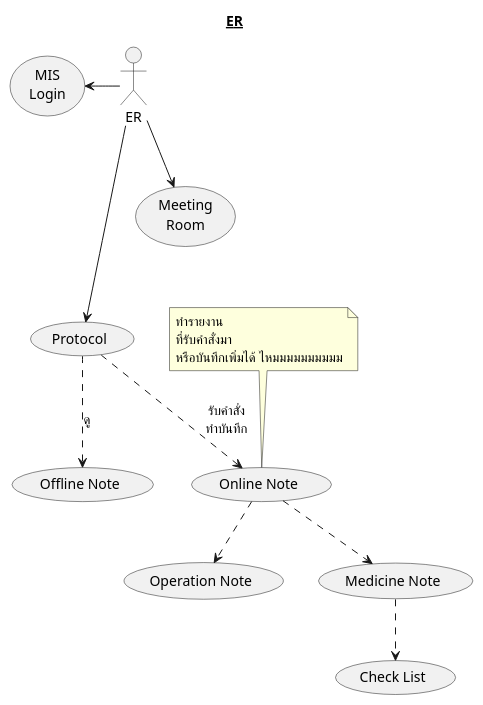
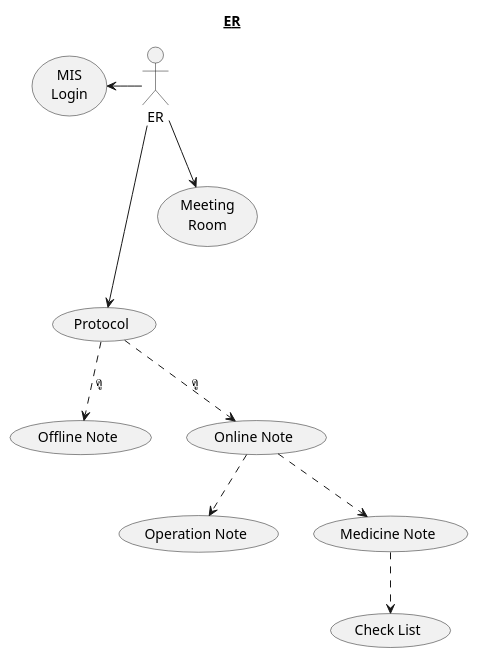
The diagram in uml/scenario_er.plantuml (lionants02/mis-api-doc), drawn with PlantUML before and after one commit. The commit also changed 1 other file, not shown here.

```diff
--- a/uml/scenario_er.plantuml
+++ b/uml/scenario_er.plantuml
@@ -1,25 +1,24 @@
 @startuml
 Title __ER__
   :ER: as ER
 
   usecase (Protocol) as Protocol
   usecase (Offline Note) as Offline
   usecase (Online Note) as Online
   usecase (Operation Note) as Ops
   usecase (Medicine Note) as Med
   usecase (Check List) as Check
   Protocol ..> Offline : ดู
-  Protocol ..> Online : รับคำสั่ง\nทำบันทึก
-  note top of Online : ทำรายงาน\nที่รับคำสั่งมา\nหรือบันทึกเพิ่มได้ ไหมมมมมมมมมม
+  Protocol ..> Online : ดู
   Online ..> Ops
   Online ..> Med
   Med ..> Check
 
   usecase (MIS\nLogin) as MISLogin
   usecase (Meeting\nRoom) as MeetingRoom
 
   ER -left-> MISLogin
   ER --> MeetingRoom
   ER ---> Protocol
 
 @enduml
```
